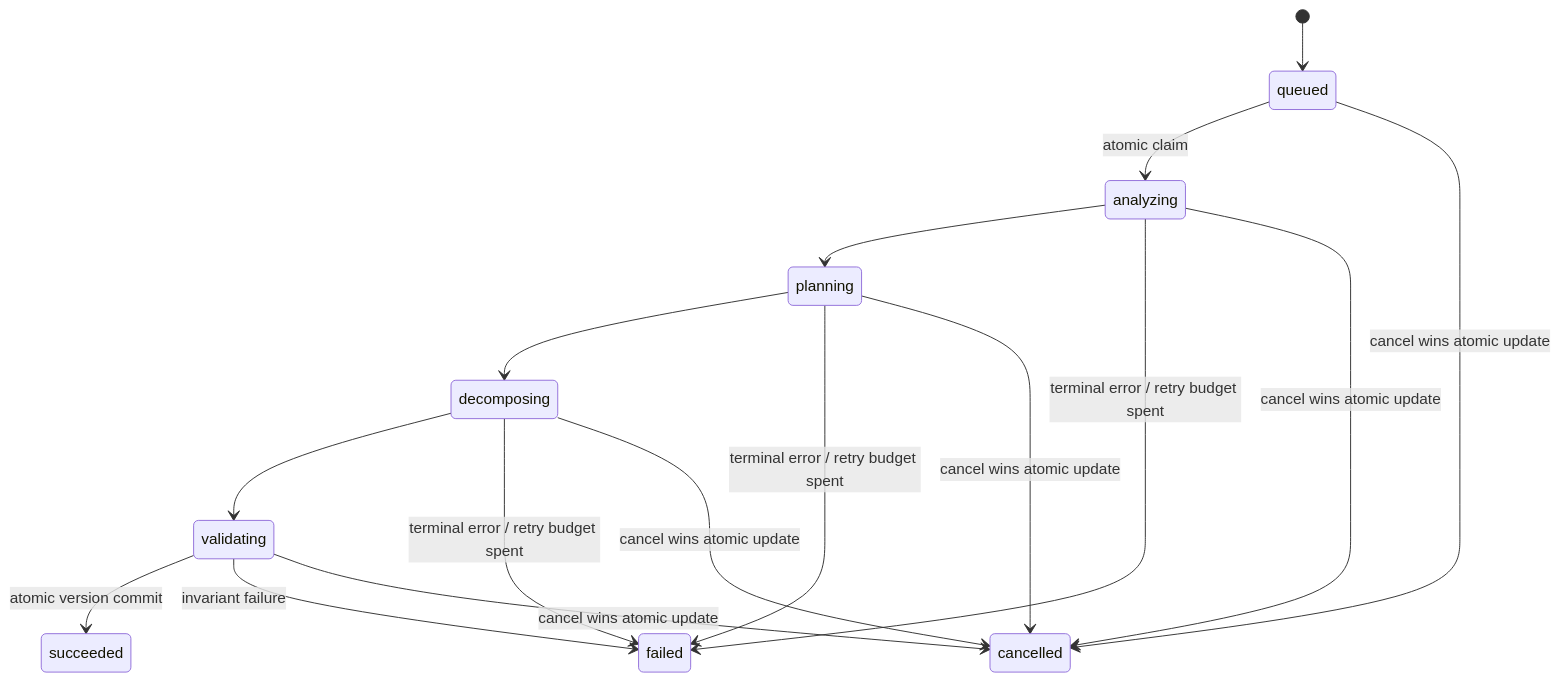
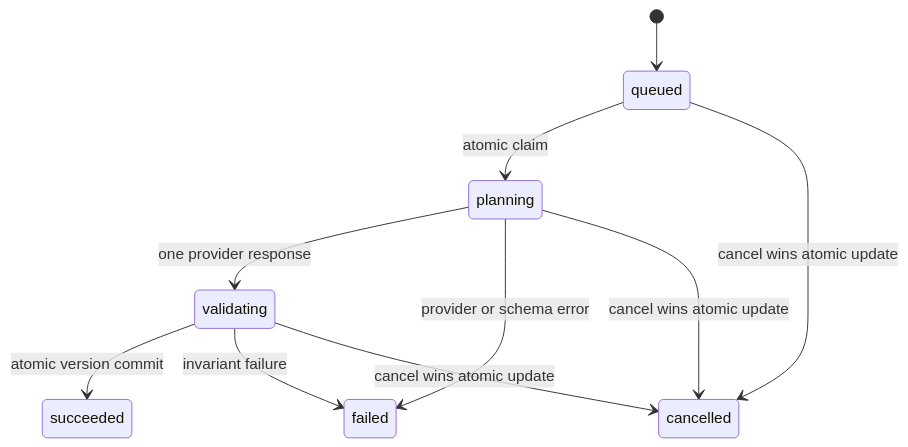
Before and after one commit to MuhammadSalman-abc/Agentic-AI-Salman: the second of 2 diagrams in architecture/03-generation-workflow.md, drawn with Mermaid. The commit also changed other lines of this file and 78 other files, not shown here.

````diff
--- a/architecture/03-generation-workflow.md
+++ b/architecture/03-generation-workflow.md
@@ -55,18 +54,12 @@
 ```mermaid
 stateDiagram-v2
   [*] --> queued
-  queued --> analyzing: atomic claim
-  analyzing --> planning
-  planning --> decomposing
-  decomposing --> validating
+  queued --> planning: atomic claim
+  planning --> validating: one provider response
   validating --> succeeded: atomic version commit
-  analyzing --> failed: terminal error / retry budget spent
-  planning --> failed: terminal error / retry budget spent
-  decomposing --> failed: terminal error / retry budget spent
+  planning --> failed: provider or schema error
   validating --> failed: invariant failure
   queued --> cancelled: cancel wins atomic update
-  analyzing --> cancelled: cancel wins atomic update
   planning --> cancelled: cancel wins atomic update
-  decomposing --> cancelled: cancel wins atomic update
   validating --> cancelled: cancel wins atomic update
 ```
````
